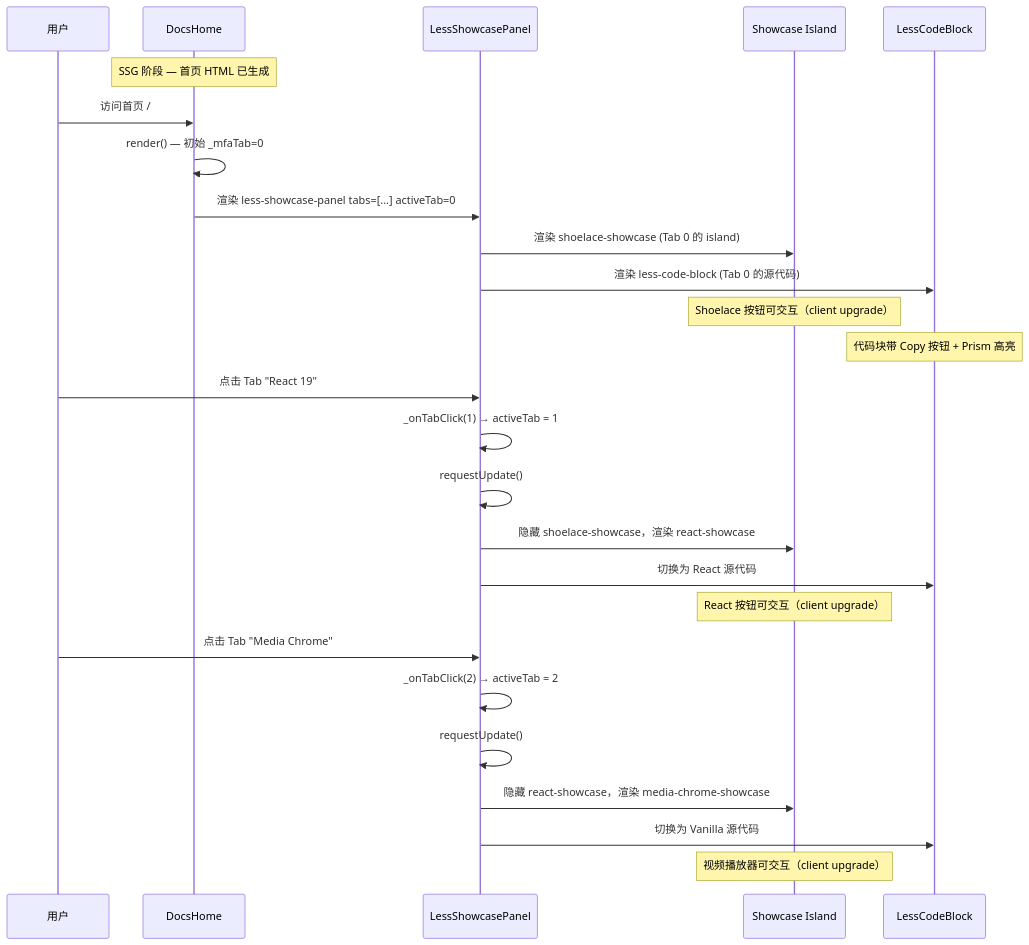
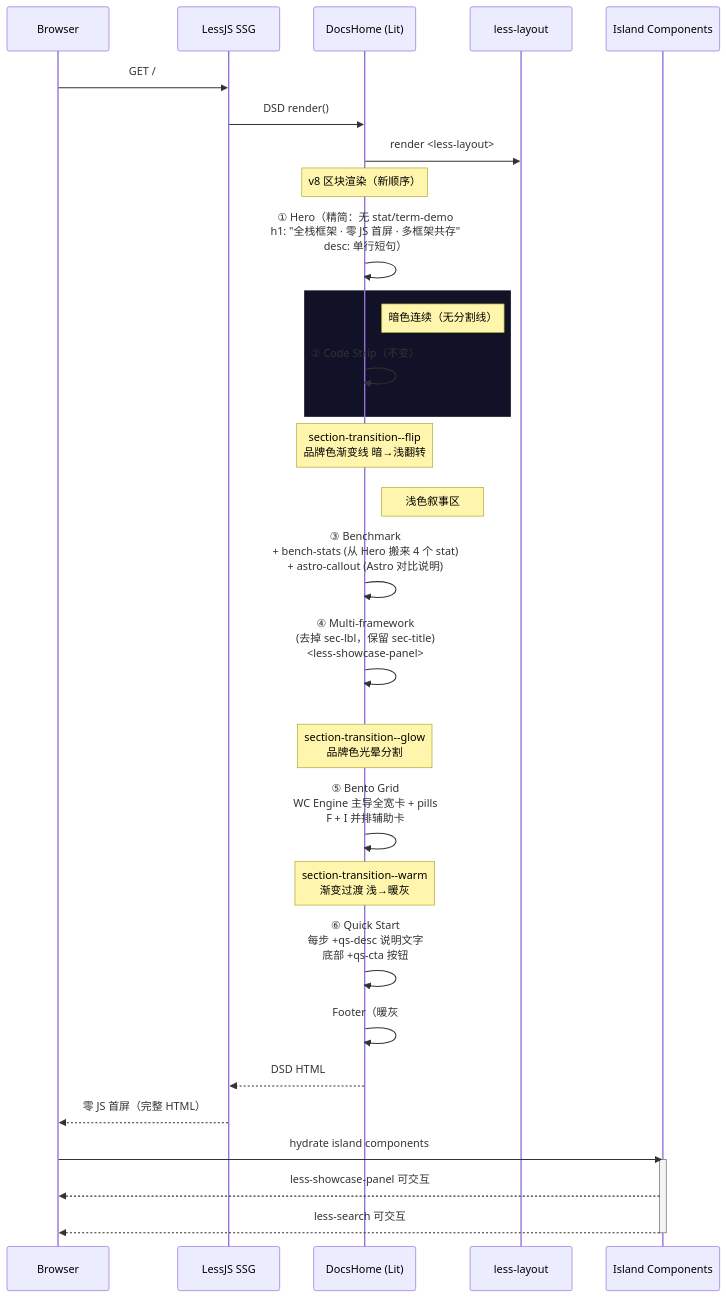
The diagram in docs/conversation/www-redesign/sequence-diagram.mermaid (lessjs-run/lessjs), drawn with Mermaid before and after one commit. The commit also changed 19 other files, not shown here.

````diff
--- a/docs/conversation/www-redesign/sequence-diagram.mermaid
+++ b/docs/conversation/www-redesign/sequence-diagram.mermaid
@@ -1,30 +1,48 @@
+```mermaid
 sequenceDiagram
-    participant U as 用户
-    participant DH as DocsHome
-    participant SP as LessShowcasePanel
-    participant SC as Showcase Island
-    participant CB as LessCodeBlock
+    participant Browser as Browser
+    participant SSG as LessJS SSG
+    participant DH as DocsHome (Lit)
+    participant Layout as less-layout
+    participant Islands as Island Components
 
-    Note over DH: SSG 阶段 — 首页 HTML 已生成
+    Browser->>SSG: GET /
+    SSG->>DH: DSD render()
+    DH->>Layout: render <less-layout>
 
-    U->>DH: 访问首页 /
-    DH->>DH: render() — 初始 _mfaTab=0
-    DH->>SP: 渲染 less-showcase-panel tabs=[...] activeTab=0
-    SP->>SC: 渲染 shoelace-showcase (Tab 0 的 island)
-    SP->>CB: 渲染 less-code-block (Tab 0 的源代码)
-    Note over SC: Shoelace 按钮可交互（client upgrade）
-    Note over CB: 代码块带 Copy 按钮 + Prism 高亮
+    Note over DH: v8 区块渲染（新顺序）
 
-    U->>SP: 点击 Tab "React 19"
-    SP->>SP: _onTabClick(1) → activeTab = 1
-    SP->>SP: requestUpdate()
-    SP->>SC: 隐藏 shoelace-showcase，渲染 react-showcase
-    SP->>CB: 切换为 React 源代码
-    Note over SC: React 按钮可交互（client upgrade）
+    DH->>DH: ① Hero（精简：无 stat/term-demo<br/>h1: "全栈框架 · 零 JS 首屏 · 多框架共存"<br/>desc: 单行短句）
 
-    U->>SP: 点击 Tab "Media Chrome"
-    SP->>SP: _onTabClick(2) → activeTab = 2
-    SP->>SP: requestUpdate()
-    SP->>SC: 隐藏 react-showcase，渲染 media-chrome-showcase
-    SP->>CB: 切换为 Vanilla 源代码
-    Note over SC: 视频播放器可交互（client upgrade）
+    rect rgb(17, 17, 39)
+        Note right of DH: 暗色连续（无分割线）
+        DH->>DH: ② Code Strip（不变）
+    end
+
+    Note over DH: section-transition--flip<br/>品牌色渐变线 暗→浅翻转
+
+    rect rgb(255, 255, 255)
+        Note right of DH: 浅色叙事区
+        DH->>DH: ③ Benchmark<br/>+ bench-stats (从 Hero 搬来 4 个 stat)<br/>+ astro-callout (Astro 对比说明)
+        DH->>DH: ④ Multi-framework<br/>(去掉 sec-lbl，保留 sec-title)<br/><less-showcase-panel>
+    end
+
+    Note over DH: section-transition--glow<br/>品牌色光晕分割
+
+    DH->>DH: ⑤ Bento Grid<br/>WC Engine 主导全宽卡 + pills<br/>F + I 并排辅助卡
+
+    Note over DH: section-transition--warm<br/>渐变过渡 浅→暖灰
+
+    DH->>DH: ⑥ Quick Start<br/>每步 +qs-desc 说明文字<br/>底部 +qs-cta 按钮
+
+    DH->>DH: Footer（暖灰 #F1EFE8，不变）
+
+    DH-->>SSG: DSD HTML
+    SSG-->>Browser: 零 JS 首屏（完整 HTML）
+
+    Browser->>Islands: hydrate island components
+    activate Islands
+    Islands-->>Browser: less-showcase-panel 可交互
+    Islands-->>Browser: less-search 可交互
+    deactivate Islands
+```
````
